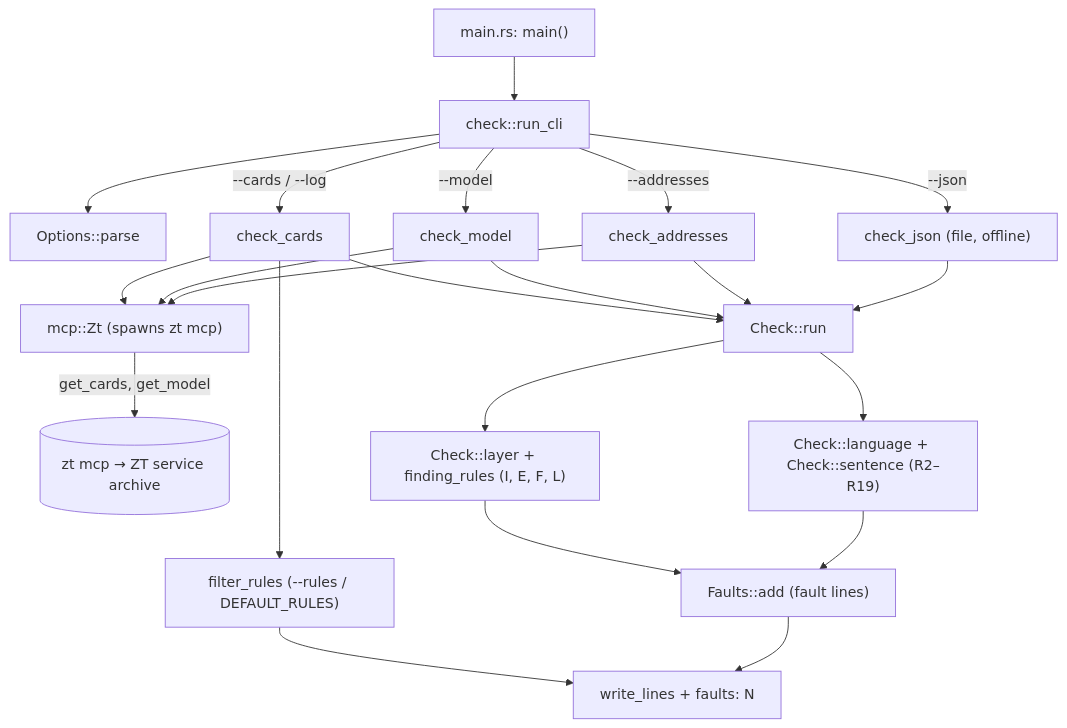
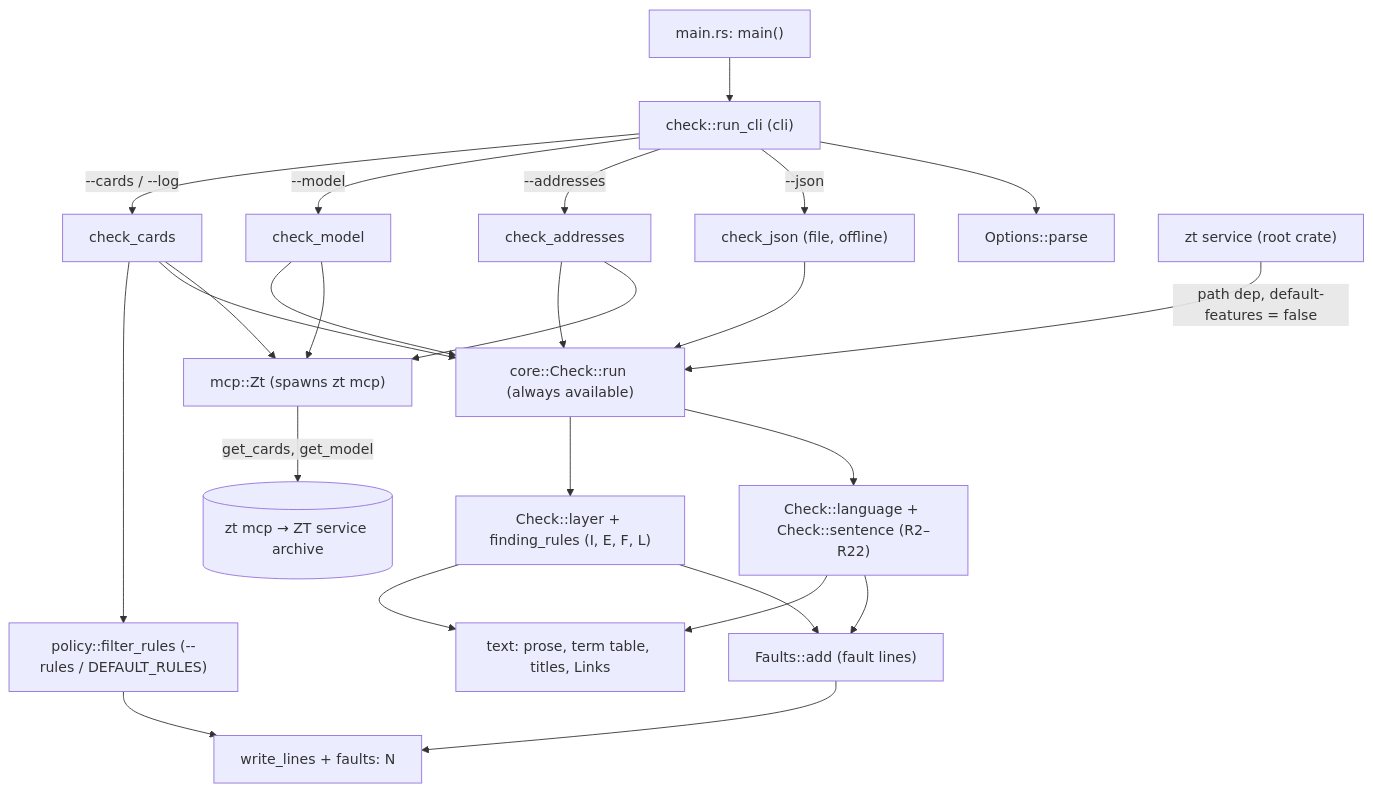
Before and after one commit to liudesheng9/zet: the diagram in docs/wiki/zt-check.md, drawn with Mermaid. The commit also changed other lines of this file and 24 other files, not shown here.

````diff
--- a/docs/wiki/zt-check.md
+++ b/docs/wiki/zt-check.md
@@ -62,18 +70,20 @@
 ```mermaid
 flowchart TD
-    main["main.rs: main()"] --> cli["check::run_cli"]
+    main["main.rs: main()"] --> cli["check::run_cli (cli)"]
     cli --> parse["Options::parse"]
     cli -->|--json| cj["check_json (file, offline)"]
     cli -->|--addresses| ca["check_addresses"]
     cli -->|--model| cm["check_model"]
     cli -->|--cards / --log| cc["check_cards"]
     ca & cm & cc --> zt["mcp::Zt (spawns zt mcp)"]
     zt -->|get_cards, get_model| server[("zt mcp → ZT service archive")]
-    cj & ca & cm & cc --> run["Check::run"]
-    run --> lang["Check::language + Check::sentence (R2–R19)"]
+    cj & ca & cm & cc --> run["core::Check::run (always available)"]
+    run --> lang["Check::language + Check::sentence (R2–R22)"]
     run --> layer["Check::layer + finding_rules (I, E, F, L)"]
     lang & layer --> faults["Faults::add (fault lines)"]
-    cc --> filter["filter_rules (--rules / DEFAULT_RULES)"]
+    lang & layer --> txt["text: prose, term table, titles, Links"]
+    cc --> filter["policy::filter_rules (--rules / DEFAULT_RULES)"]
     faults --> out["write_lines + faults: N"]
     filter --> out
+    svc["zt service (root crate)"] -->|"path dep, default-features = false"| run
 ```
````
